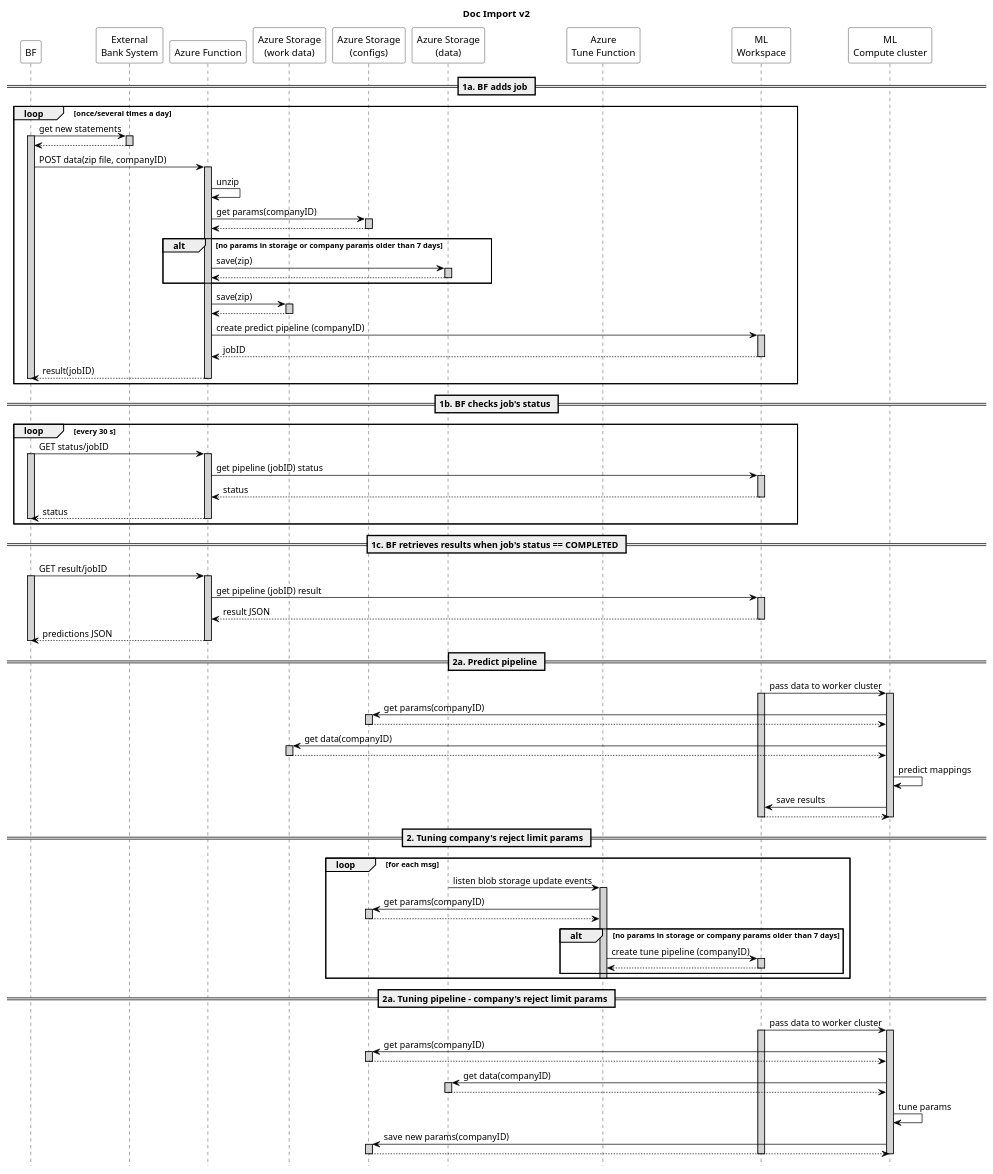
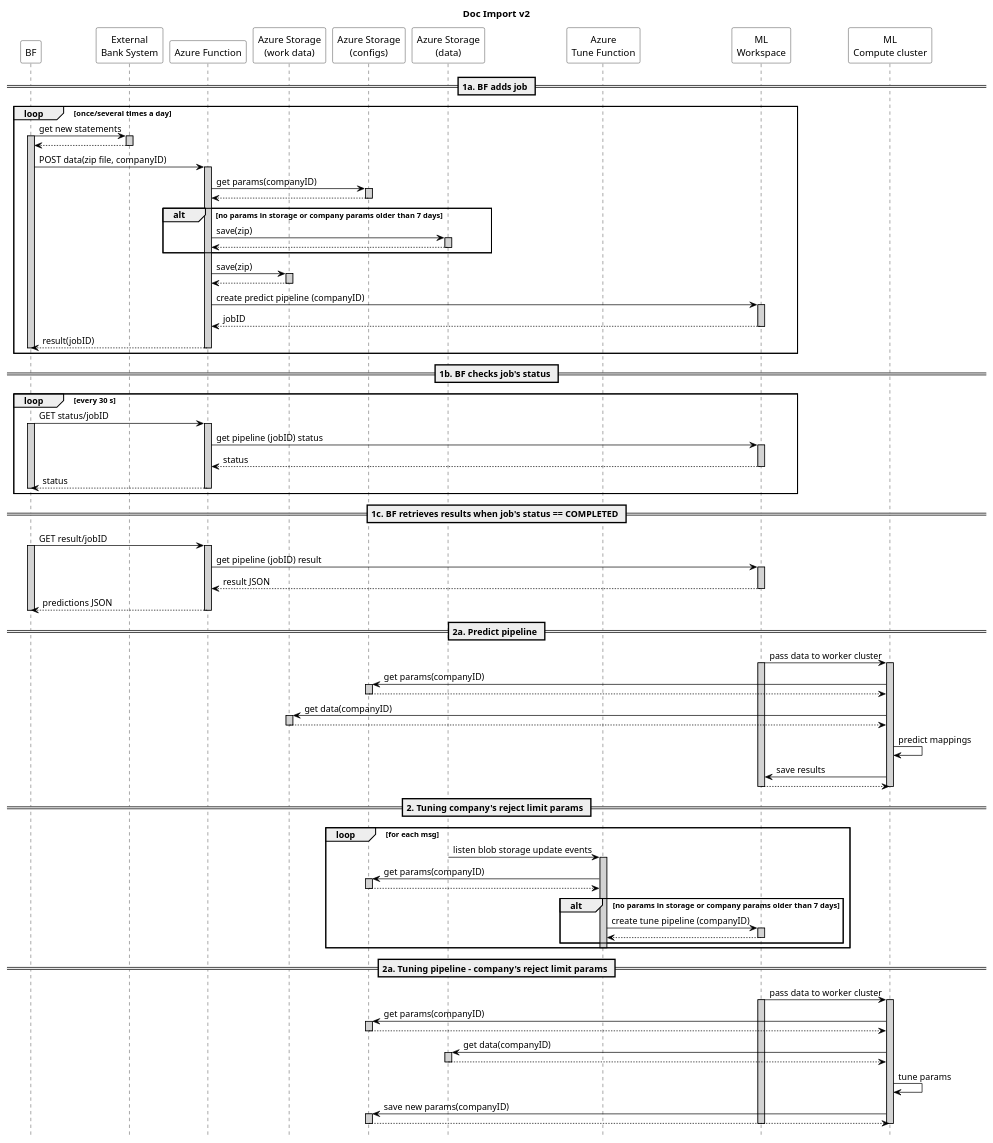
One commit to airenas/re-bankmap changed the diagram in design/proto-v3.puml. Above: the diagram before and after it, drawn with PlantUML. The commit also changed 1 other file, not shown here.

Commit message:
Drop unzip step in schema

```diff
--- a/design/proto-v3.puml
+++ b/design/proto-v3.puml
@@ -1,155 +1,154 @@
 @startuml Doc import
 skinparam sequence {
     ParticipantBorderColor Black
     ActorBorderColor Black
 
     ParticipantBackgroundColor White
     ActorBackgroundColor White
 
     ArrowColor black
     LifeLineBorderColor black
     LifeLineBackgroundColor lightgray
 
     BoxBorderColor black
 }
 skinparam databaseBackgroundColor White
 skinparam dataBaseBorderColor Blue
 
 hide footbox
 title Doc Import v2
 
 ' skinparam handwritten true
 
 participant "BF" as docu
 participant "External\nBank System" as bank
 participant "Azure Function" as predictor
 participant "Azure Storage\n(work data)" as storage_wrk
 participant "Azure Storage\n(configs)" as storage_cfg
 participant "Azure Storage\n(data)" as storage_data
 participant "Azure\nTune Function" as trainer
 participant "ML\nWorkspace" as workspace
 participant "ML\nCompute cluster" as cluster
 
 
 == 1a. BF adds job ==
 
 loop once/several times a day
     docu -> bank: get new statements
     activate docu
     activate bank
     bank --> docu:
     deactivate bank
 
     docu -> predictor: POST data(zip file, companyID)
     activate predictor
-    predictor -> predictor: unzip
     predictor -> storage_cfg: get params(companyID)
     activate storage_cfg
     storage_cfg --> predictor
     deactivate storage_cfg
     alt no params in storage or company params older than 7 days
         predictor -> storage_data: save(zip)
         activate storage_data
         storage_data --> predictor
         deactivate storage_data
     end
     predictor -> storage_wrk: save(zip)
     activate storage_wrk
     storage_wrk --> predictor
     deactivate storage_wrk
     
     predictor -> workspace: create predict pipeline (companyID)
     activate workspace
     workspace --> predictor: jobID
     deactivate workspace
     predictor --> docu: result(jobID)
     deactivate predictor
     deactivate docu
 end
 
 == 1b. BF checks job's status ==
 
 loop every 30 s
     docu -> predictor: GET status/jobID
     activate docu
     activate predictor
     predictor -> workspace: get pipeline (jobID) status
     activate workspace
     workspace --> predictor: status
     deactivate workspace
     predictor --> docu: status
     deactivate predictor
     deactivate docu
 end
 
 == 1c. BF retrieves results when job's status == COMPLETED == 
 
 docu -> predictor: GET result/jobID
 activate docu
 activate predictor
 predictor -> workspace: get pipeline (jobID) result
 activate workspace
 workspace --> predictor: result JSON
 deactivate workspace
 predictor --> docu: predictions JSON
 deactivate predictor
 deactivate docu
 
 == 2a. Predict pipeline ==
 workspace -> cluster: pass data to worker cluster 
 activate workspace
 activate cluster
 cluster -> storage_cfg: get params(companyID)
 activate storage_cfg
 storage_cfg --> cluster
 deactivate storage_cfg
 cluster -> storage_wrk: get data(companyID)
 activate storage_wrk
 storage_wrk --> cluster
 deactivate storage_wrk
 cluster -> cluster: predict mappings
 cluster -> workspace: save results
 workspace --> cluster
 deactivate cluster
 deactivate workspace
 
 
 == 2. Tuning company's reject limit params ==
 loop for each msg
     storage_data -> trainer: listen blob storage update events
     activate trainer
     trainer -> storage_cfg: get params(companyID)
     activate storage_cfg
     storage_cfg --> trainer
     deactivate storage_cfg
     alt no params in storage or company params older than 7 days
         trainer -> workspace: create tune pipeline (companyID)
         activate workspace
         workspace --> trainer
         deactivate workspace
     end
     deactivate trainer
  end   
 
 
 == 2a. Tuning pipeline - company's reject limit params ==
 workspace -> cluster: pass data to worker cluster 
 activate workspace
 activate cluster
 cluster -> storage_cfg: get params(companyID)
 activate storage_cfg
 storage_cfg --> cluster
 deactivate storage_cfg
 cluster -> storage_data: get data(companyID)
 activate storage_data
 storage_data --> cluster
 deactivate storage_data
 cluster -> cluster: tune params
 cluster -> storage_cfg: save new params(companyID)
 activate storage_cfg
 storage_cfg --> cluster
 deactivate storage_cfg
 deactivate cluster
 deactivate workspace
 
 @enduml
```
